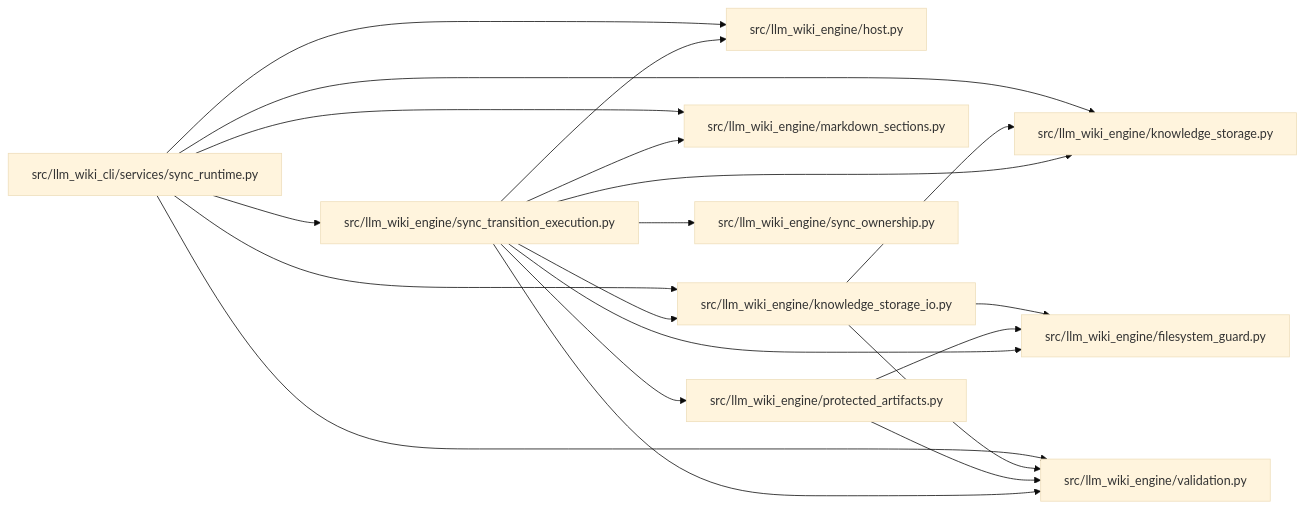
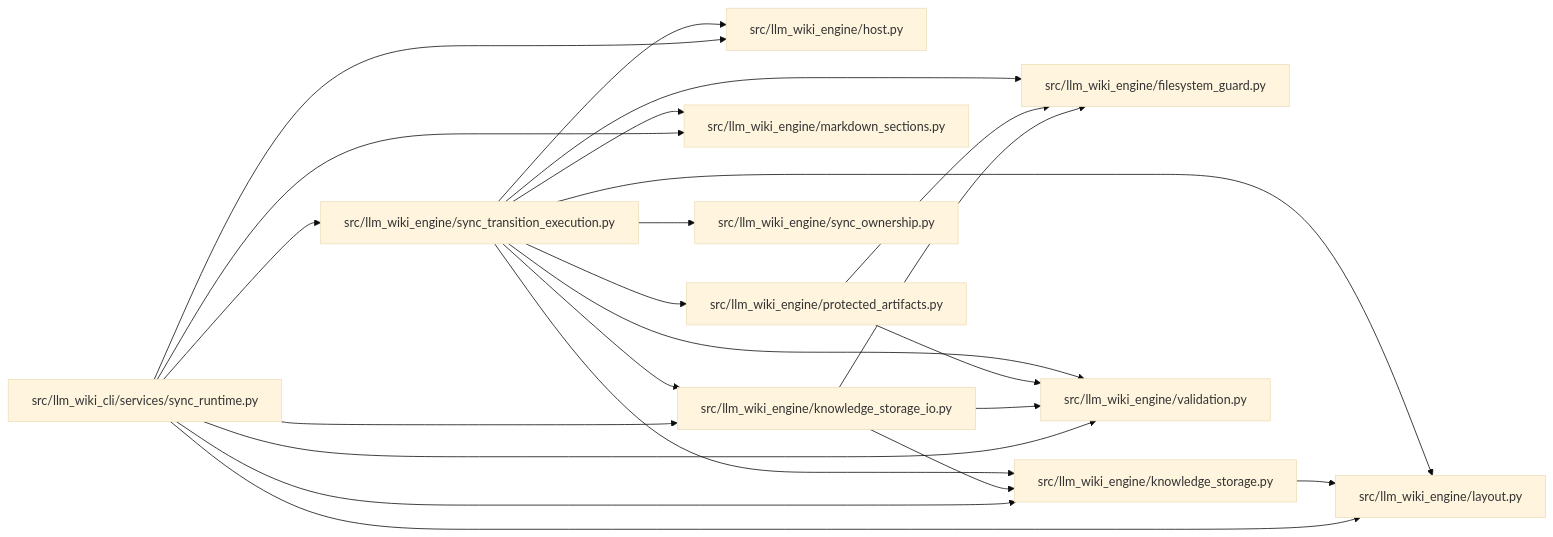
The diagram in docs/llm_wiki/modules/sync_transition_execution.md (Denissvgn/python-wiki-llm), drawn with Mermaid (base theme) before and after one commit. The commit also changed other lines of this file and 869 other files, not shown here.

Commit message:
docs: refresh the wiki for the engine layout and producer opt-in

````diff
--- a/docs/llm_wiki/modules/sync_transition_execution.md
+++ b/docs/llm_wiki/modules/sync_transition_execution.md
@@ -32,42 +33,47 @@
 ```mermaid
 flowchart LR
     n0["src/llm_wiki_cli/services/sync_runtime.py"]
     n1["src/llm_wiki_engine/filesystem_guard.py"]
     n2["src/llm_wiki_engine/host.py"]
     n3["src/llm_wiki_engine/knowledge_storage.py"]
     n4["src/llm_wiki_engine/knowledge_storage_io.py"]
-    n5["src/llm_wiki_engine/markdown_sections.py"]
-    n6["src/llm_wiki_engine/protected_artifacts.py"]
-    n7["src/llm_wiki_engine/sync_ownership.py"]
-    n8["src/llm_wiki_engine/sync_transition_execution.py"]
-    n9["src/llm_wiki_engine/validation.py"]
+    n5["src/llm_wiki_engine/layout.py"]
+    n6["src/llm_wiki_engine/markdown_sections.py"]
+    n7["src/llm_wiki_engine/protected_artifacts.py"]
+    n8["src/llm_wiki_engine/sync_ownership.py"]
+    n9["src/llm_wiki_engine/sync_transition_execution.py"]
+    n10["src/llm_wiki_engine/validation.py"]
     n0 --> n2
     n0 --> n3
     n0 --> n4
     n0 --> n5
-    n0 --> n8
+    n0 --> n6
     n0 --> n9
+    n0 --> n10
+    n3 --> n5
     n4 --> n1
     n4 --> n3
-    n4 --> n9
-    n6 --> n1
-    n6 --> n9
-    n8 --> n1
-    n8 --> n2
-    n8 --> n3
-    n8 --> n4
-    n8 --> n5
-    n8 --> n6
-    n8 --> n7
-    n8 --> n9
+    n4 --> n10
+    n7 --> n1
+    n7 --> n10
+    n9 --> n1
+    n9 --> n2
+    n9 --> n3
+    n9 --> n4
+    n9 --> n5
+    n9 --> n6
+    n9 --> n7
+    n9 --> n8
+    n9 --> n10
     click n0 "../modules/sync_runtime.md"
     click n1 "../modules/filesystem_guard.md"
     click n2 "../modules/host.md"
     click n3 "../modules/knowledge_storage.md"
     click n4 "../modules/knowledge_storage_io.md"
-    click n5 "../modules/markdown_sections.md"
-    click n6 "../modules/protected_artifacts.md"
-    click n7 "../modules/sync_ownership.md"
-    click n8 "../modules/sync_transition_execution.md"
-    click n9 "../modules/validation.md"
+    click n5 "../modules/layout.md"
+    click n6 "../modules/markdown_sections.md"
+    click n7 "../modules/protected_artifacts.md"
+    click n8 "../modules/sync_ownership.md"
+    click n9 "../modules/sync_transition_execution.md"
+    click n10 "../modules/validation.md"
 ```
````
